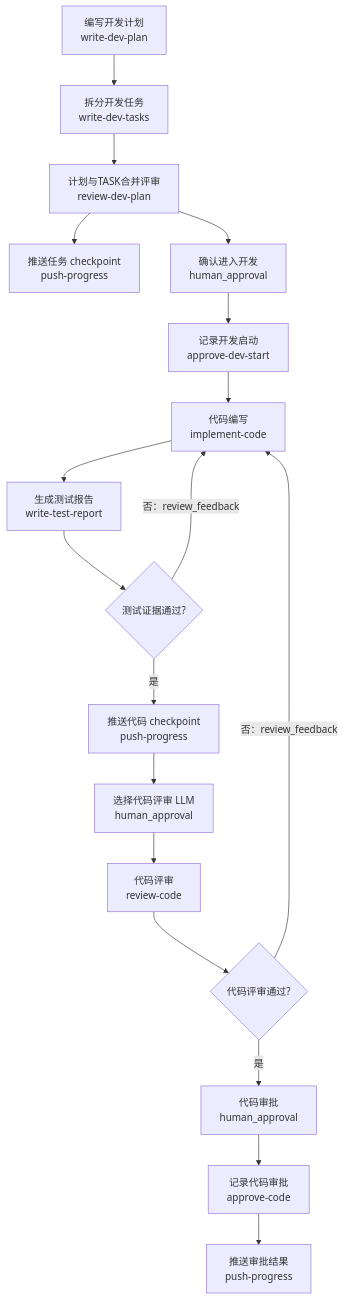
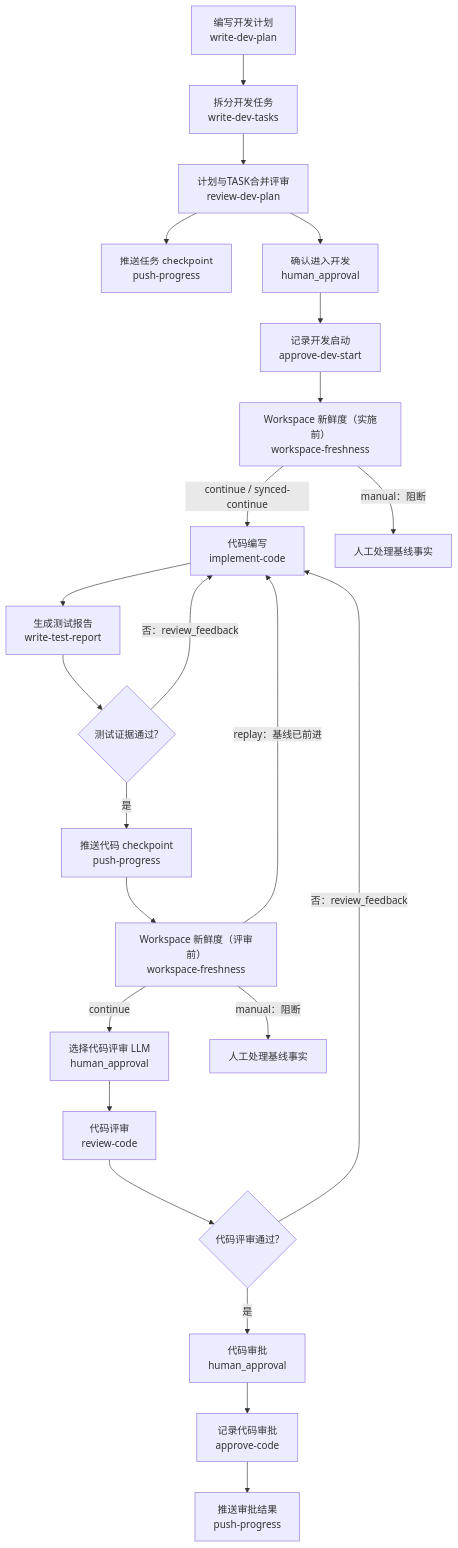
Before and after one commit to OldBoy405/AI-First-tools: the eighth of 10 diagrams in README.md, drawn with Mermaid. The commit also changed other lines of this file and 1 other file, not shown here.

Commit message:
[cr] TASK-05 CR-2026-043: README freshness section + gate integration tests

````diff
--- a/README.md
+++ b/README.md
@@ -421,20 +421,25 @@
 ```mermaid
 flowchart TD
   D1["编写开发计划<br/>write-dev-plan"] --> D2["拆分开发任务<br/>write-dev-tasks"]
   D2 --> D3["计划与TASK合并评审<br/>review-dev-plan"]
   D3 --> D3b["推送任务 checkpoint<br/>push-progress"]
   D3 --> D4["确认进入开发<br/>human_approval"]
   D4 --> D5["记录开发启动<br/>approve-dev-start"]
-  D5 --> D6["代码编写<br/>implement-code"]
+  D5 --> D5F["Workspace 新鲜度（实施前）<br/>workspace-freshness"]
+  D5F -- "continue / synced-continue" --> D6["代码编写<br/>implement-code"]
+  D5F -- "manual：阻断" --> D5M["人工处理基线事实"]
   D6 --> D7["生成测试报告<br/>write-test-report"]
   D7 --> D7G{"测试证据通过?"}
   D7G -- "否：review_feedback" --> D6
   D7G -- "是" --> D8["推送代码 checkpoint<br/>push-progress"]
-  D8 --> D8S["选择代码评审 LLM<br/>human_approval"]
+  D8 --> D8F["Workspace 新鲜度（评审前）<br/>workspace-freshness"]
+  D8F -- "continue" --> D8S["选择代码评审 LLM<br/>human_approval"]
+  D8F -- "replay：基线已前进" --> D6
+  D8F -- "manual：阻断" --> D8M["人工处理基线事实"]
   D8S --> D9["代码评审<br/>review-code"]
   D9 --> D9G{"代码评审通过?"}
   D9G -- "否：review_feedback" --> D6
   D9G -- "是" --> D10["代码审批<br/>human_approval"]
   D10 --> D11["记录代码审批<br/>approve-code"]
   D11 --> D12["推送审批结果<br/>push-progress"]
 ```
````
